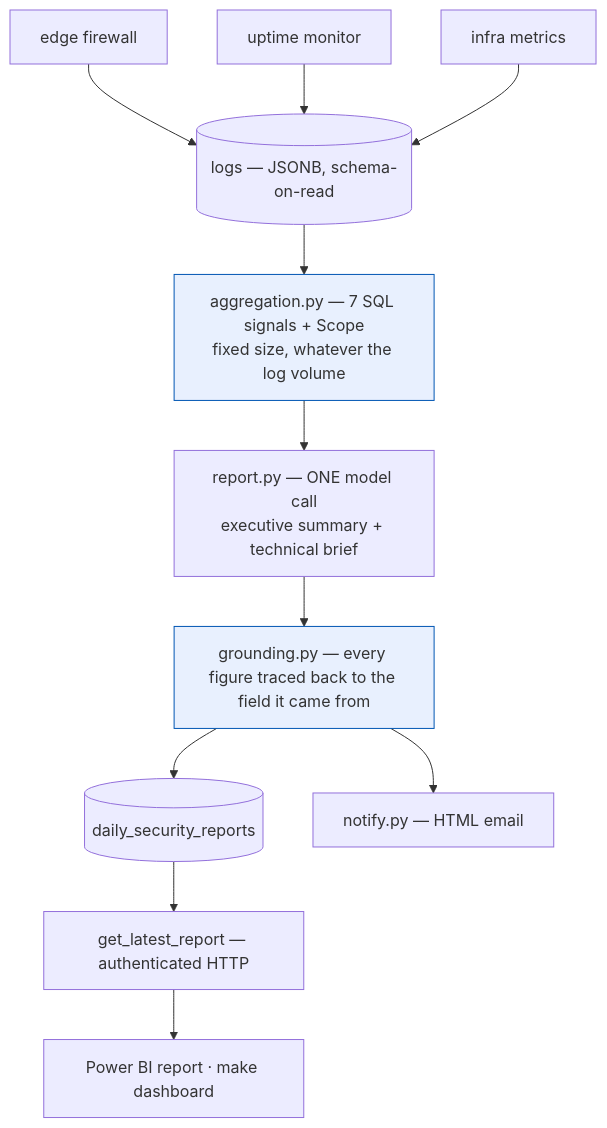
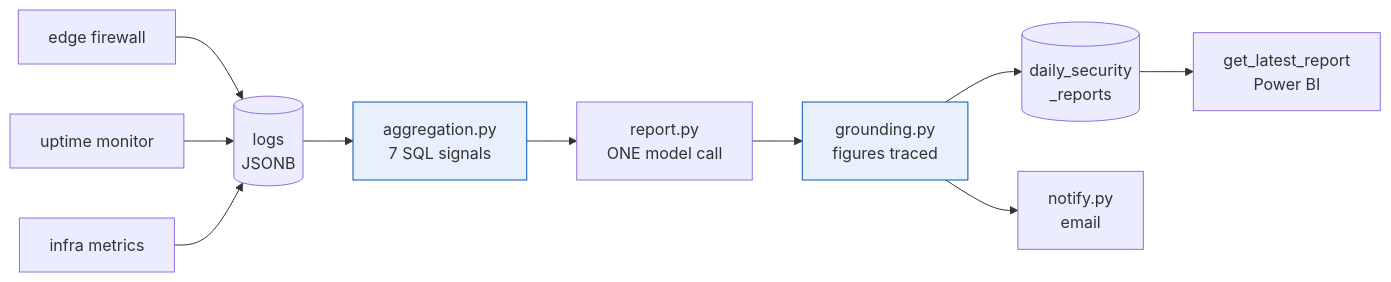
Before and after one commit to maevezhang0129/cybersum-cti: the diagram in README.md, drawn with Mermaid. The commit also changed other lines of this file, not shown here.

Commit message:
Shorten the diagram to what is scannable in three seconds
Top-down fitted but ran to 1,179 pixels, so the first screen of the
README was one diagram. The detail was doing the prose's job from inside
the boxes; it now sits under them, and the boxes carry names.

````diff
--- a/README.md
+++ b/README.md
@@ -12,17 +12,15 @@
 ```mermaid
-flowchart TB
+flowchart LR
   FW["edge firewall"] --> DB
   UP["uptime monitor"] --> DB
   AZ["infra metrics"] --> DB
-  DB[("logs — JSONB, schema-on-read")] --> AGG
-  AGG["aggregation.py — 7 SQL signals + Scope<br/>fixed size, whatever the log volume"] --> LLM
-  LLM["report.py — ONE model call<br/>executive summary + technical brief"] --> GR
-  GR["grounding.py — every figure traced back to the field it came from"]
-  GR --> ST[("daily_security_reports")]
-  GR --> MAIL["notify.py — HTML email"]
-  ST --> API["get_latest_report — authenticated HTTP"]
-  API --> BI["Power BI report · make dashboard"]
+  DB[("logs<br/>JSONB")] --> AGG
+  AGG["aggregation.py<br/>7 SQL signals"] --> LLM
+  LLM["report.py<br/>ONE model call"] --> GR
+  GR["grounding.py<br/>figures traced"] --> ST
+  GR --> MAIL["notify.py<br/>email"]
+  ST[("daily_security<br/>_reports")] --> BI["get_latest_report<br/>Power BI"]
 
   style AGG fill:#e8f0fe,stroke:#0056b3
   style GR fill:#e8f0fe,stroke:#0056b3
 ```
````
